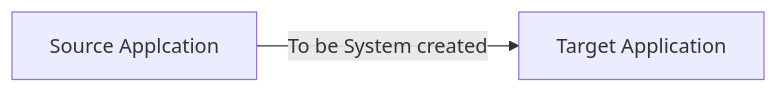
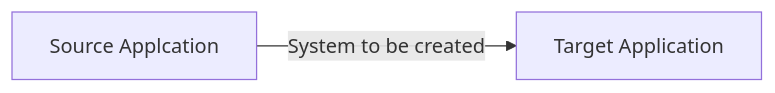
One commit to chalhoub-engineering/backend-developer changed the diagram in README.md. Above: the diagram before and after it, drawn with Mermaid.

````diff
--- a/README.md
+++ b/README.md
@@ -20,4 +20,4 @@
 ```mermaid
 graph LR
-A[Source Applcation] -- To be System created --> C[Target Application]
+A[Source Applcation] -- System to be created --> C[Target Application]
 ```
````
